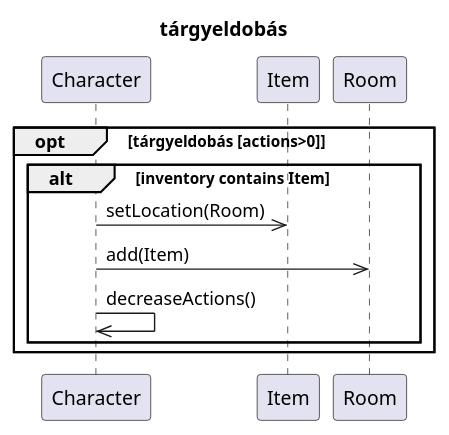
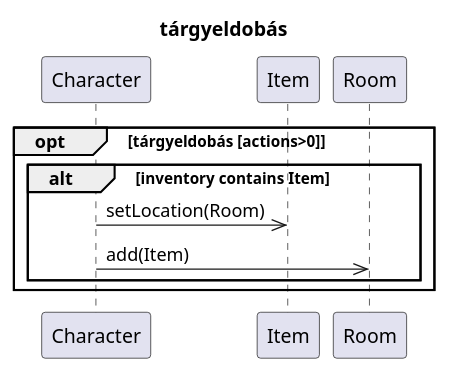
The first of 2 diagrams in diagramms/src/drop_pickup.puml (kipolaris/skyrimscriptsuttogok), drawn with PlantUML before and after one commit. The commit also changed other lines of this file and 29 other files, not shown here.

Commit message:
fix and continue sequence diagrams

```diff
--- a/diagramms/src/drop_pickup.puml
+++ b/diagramms/src/drop_pickup.puml
@@ -1,17 +1,16 @@
 @startuml drop
 
 Title tárgyeldobás
 
 participant Character as char
 participant Item as t
 participant Room as sz
 
 opt tárgyeldobás [actions>0]
     alt inventory contains Item
         char->>t : setLocation(Room)
         char->>sz : add(Item)
-        char->>char : decreaseActions()
     end
 end
 
 @enduml
```
